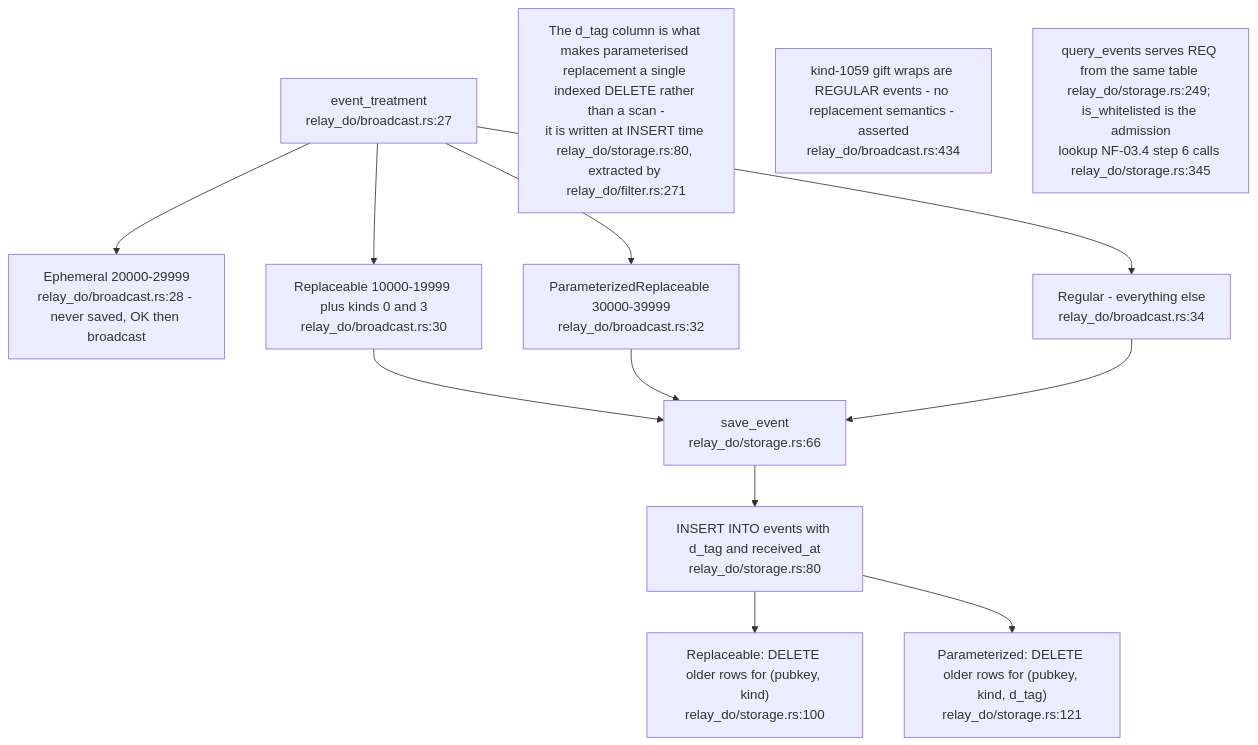
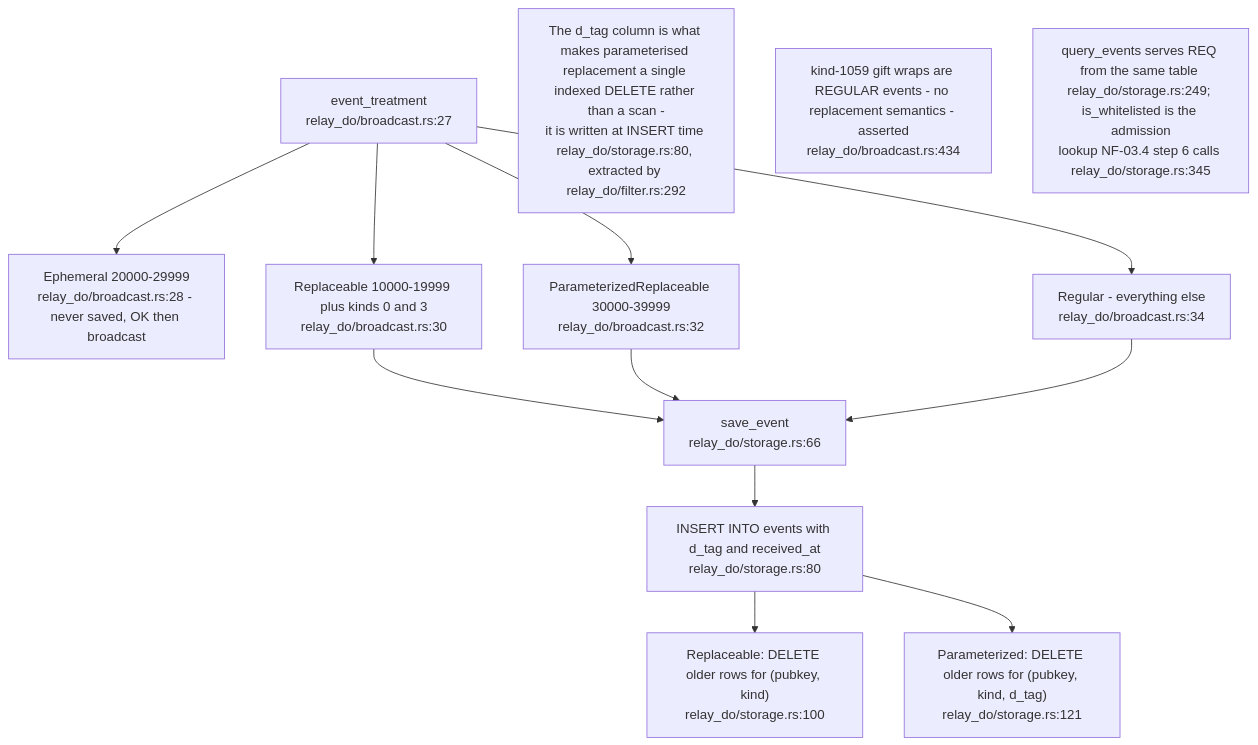
The third of 16 diagrams in docs/diagrams/nostr-rust-forum/11-relay-durable-object-internals.md (DreamLab-AI/VisionFlow), drawn with Mermaid before and after one commit. The commit also changed other lines of this file and 111 other files, not shown here.

Commit message:
docs(diagrams): align estate maps with current source

````diff
--- a/docs/diagrams/nostr-rust-forum/11-relay-durable-object-internals.md
+++ b/docs/diagrams/nostr-rust-forum/11-relay-durable-object-internals.md
@@ -104,22 +104,22 @@
 ```mermaid
 flowchart TB
     T["event_treatment<br/>relay_do/broadcast.rs:27"]
     EPH["Ephemeral 20000-29999<br/>relay_do/broadcast.rs:28 - never saved, OK then broadcast"]
     REP["Replaceable 10000-19999 plus kinds 0 and 3<br/>relay_do/broadcast.rs:30"]
     PAR["ParameterizedReplaceable 30000-39999<br/>relay_do/broadcast.rs:32"]
     REG["Regular - everything else<br/>relay_do/broadcast.rs:34"]
     SAVE["save_event<br/>relay_do/storage.rs:66"]
     INS["INSERT INTO events with d_tag and received_at<br/>relay_do/storage.rs:80"]
     D1D["Replaceable: DELETE older rows for (pubkey, kind)<br/>relay_do/storage.rs:100"]
     D2D["Parameterized: DELETE older rows for (pubkey, kind, d_tag)<br/>relay_do/storage.rs:121"]
 
     T --> EPH & REP & PAR & REG
     REP --> SAVE --> INS --> D1D
     PAR --> SAVE
     INS --> D2D
     REG --> SAVE
 
-    N1["The d_tag column is what makes parameterised replacement a single indexed DELETE rather than a scan -<br/>it is written at INSERT time relay_do/storage.rs:80, extracted by relay_do/filter.rs:271"]
+    N1["The d_tag column is what makes parameterised replacement a single indexed DELETE rather than a scan -<br/>it is written at INSERT time relay_do/storage.rs:80, extracted by relay_do/filter.rs:292"]
     N2["kind-1059 gift wraps are REGULAR events - no replacement semantics - asserted<br/>relay_do/broadcast.rs:434"]
     N3["query_events serves REQ from the same table relay_do/storage.rs:249; is_whitelisted is the admission<br/>lookup NF-03.4 step 6 calls relay_do/storage.rs:345"]
 ```
````
